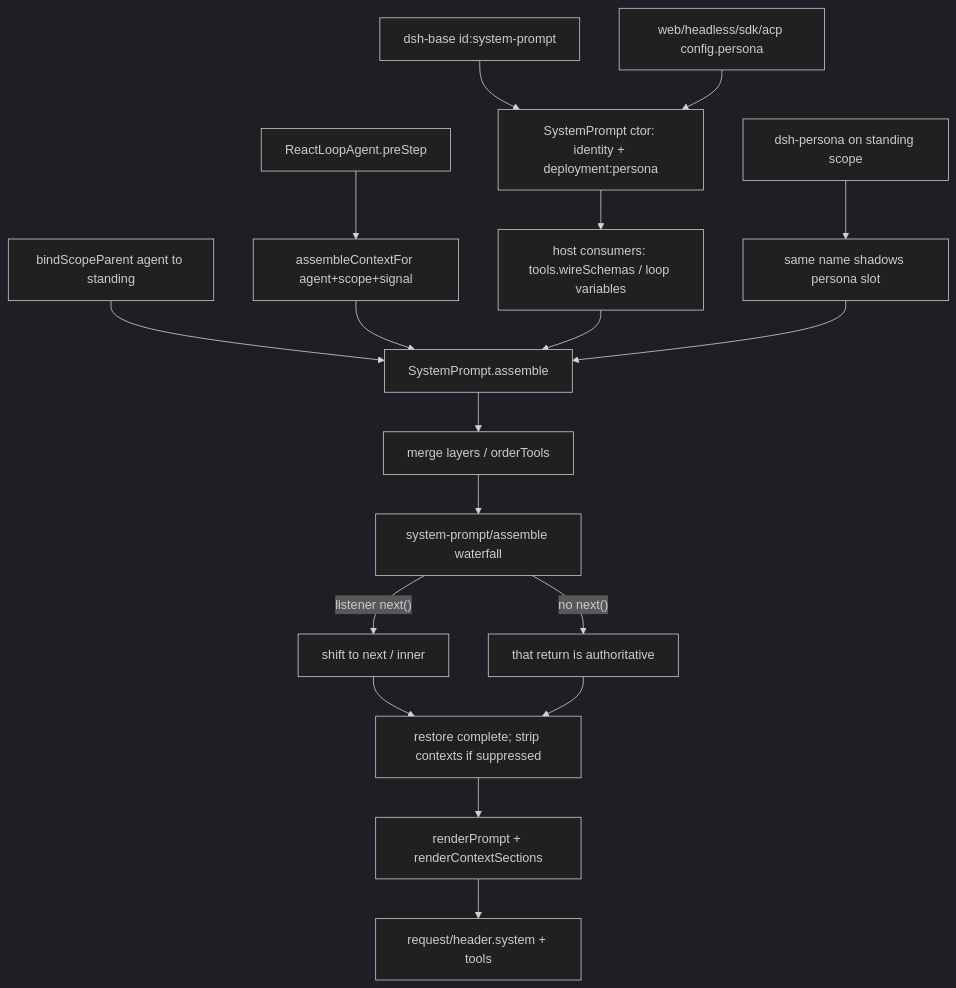
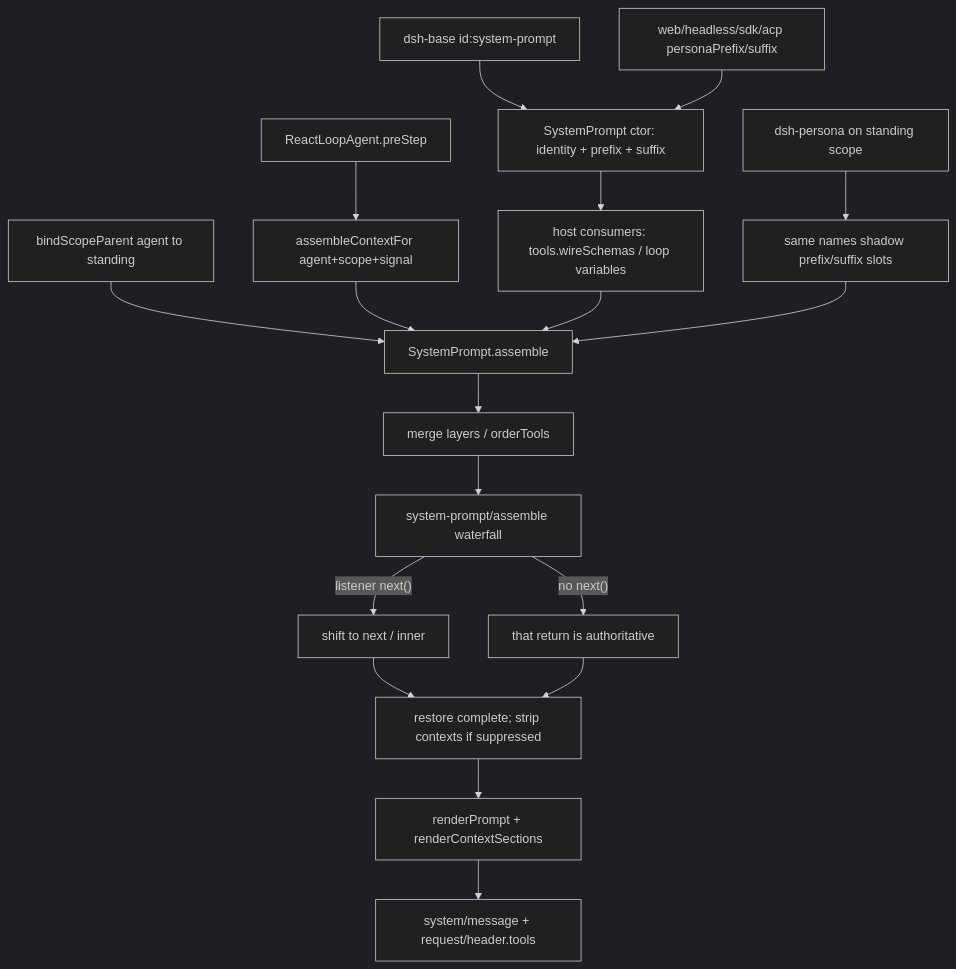
The diagram in docs/llm-wiki/deepseek-harness/subsystems/core/system-prompt.md (wdnmdtonyma/SOTA-Agent-LLM-Wiki), drawn with Mermaid (dark theme) before and after one commit. The commit also changed other lines of this file and 219 other files, not shown here.

````diff
--- a/docs/llm-wiki/deepseek-harness/subsystems/core/system-prompt.md
+++ b/docs/llm-wiki/deepseek-harness/subsystems/core/system-prompt.md
@@ -134,20 +138,20 @@
 ```mermaid
 flowchart TD
-  Base["dsh-base id:system-prompt"] --> Ctor["SystemPrompt ctor: identity + deployment:persona"]
-  Overlay["web/headless/sdk/acp config.persona"] --> Ctor
+  Base["dsh-base id:system-prompt"] --> Ctor["SystemPrompt ctor: identity + prefix + suffix"]
+  Overlay["web/headless/sdk/acp personaPrefix/suffix"] --> Ctor
   Ctor --> HostReg["host consumers: tools.wireSchemas / loop variables"]
-  Preset["dsh-persona on standing scope"] --> Shadow["same name shadows persona slot"]
+  Preset["dsh-persona on standing scope"] --> Shadow["same names shadow prefix/suffix slots"]
   Bind["bindScopeParent agent to standing"] --> Assemble
   Loop["ReactLoopAgent.preStep"] --> Ctx["assembleContextFor agent+scope+signal"]
   Ctx --> Assemble["SystemPrompt.assemble"]
   HostReg --> Assemble
   Shadow --> Assemble
   Assemble --> Merge["merge layers / orderTools"]
   Merge --> WF["system-prompt/assemble waterfall"]
   WF -->|"listener next()"| Next["shift to next / inner"]
   WF -->|"no next()"| Short["that return is authoritative"]
   Next --> Post["restore complete; strip contexts if suppressed"]
   Short --> Post
   Post --> Render["renderPrompt + renderContextSections"]
-  Render --> Header["request/header.system + tools"]
+  Render --> Header["system/message + request/header.tools"]
 ```
````
